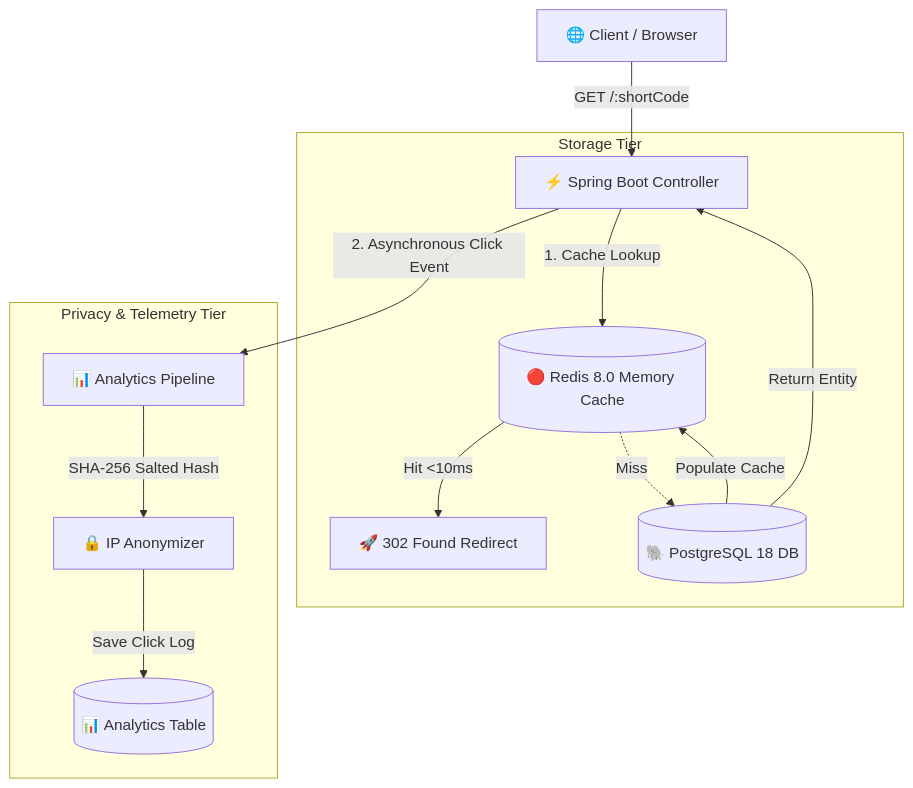
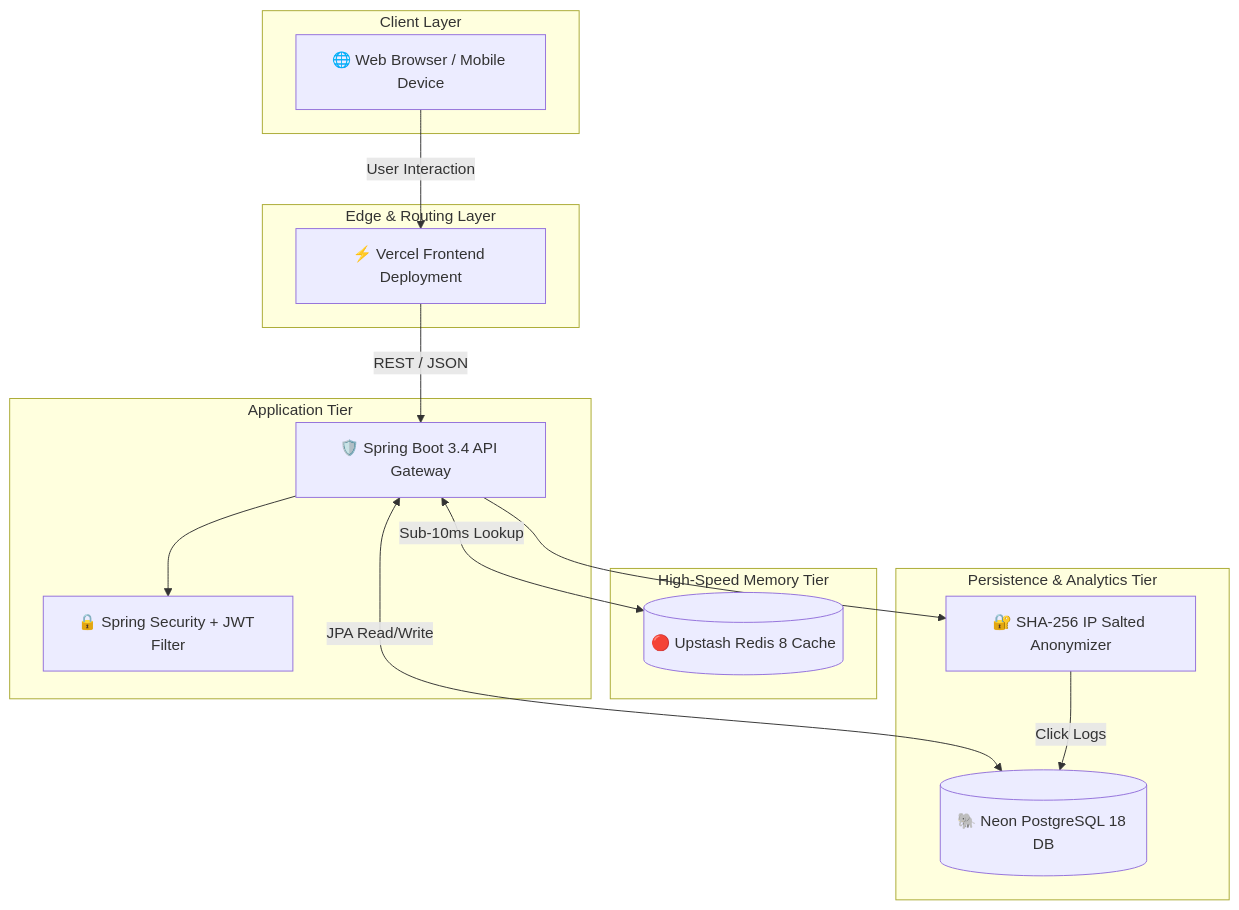
One commit to AniketK100/LinkGuard changed the second of 2 diagrams in README.md. Above: the diagram before and after it, drawn with Mermaid. The commit also changed other lines of this file and 7 other files, not shown here.

````diff
--- a/README.md
+++ b/README.md
@@ -25,19 +122,31 @@
 ```mermaid
 flowchart TD
-    Client[🌐 Client / Browser] -->|GET /:shortCode| RedirectionController[⚡ Spring Boot Controller]
-    
-    subgraph Storage Tier
-        RedirectionController -->|1. Cache Lookup| Redis[(🔴 Redis 8.0 Memory Cache)]
-        Redis -->|Hit <10ms| FastReturn[🚀 302 Found Redirect]
-        
-        Redis -.->|Miss| Postgres[(🐘 PostgreSQL 18 DB)]
-        Postgres -->|Populate Cache| Redis
-        Postgres -->|Return Entity| RedirectionController
+    subgraph Client Layer
+        Browser[🌐 Web Browser / Mobile Device]
     end
 
-    subgraph Privacy & Telemetry Tier
-        RedirectionController -->|2. Asynchronous Click Event| AnalyticsService[📊 Analytics Pipeline]
-        AnalyticsService -->|SHA-256 Salted Hash| Anonymizer[🔒 IP Anonymizer]
-        Anonymizer -->|Save Click Log| ClickDB[(📊 Analytics Table)]
+    subgraph Edge & Routing Layer
+        Vercel[⚡ Vercel Frontend Deployment]
+        Browser -->|User Interaction| Vercel
+    end
+
+    subgraph Application Tier
+        SpringBoot[🛡️ Spring Boot 3.4 API Gateway]
+        SecurityFilter[🔒 Spring Security + JWT Filter]
+        Vercel -->|REST / JSON| SpringBoot
+        SpringBoot --> SecurityFilter
+    end
+
+    subgraph High-Speed Memory Tier
+        RedisCache[(🔴 Upstash Redis 8 Cache)]
+        SpringBoot <-->|Sub-10ms Lookup| RedisCache
+    end
+
+    subgraph Persistence & Analytics Tier
+        PostgresDB[(🐘 Neon PostgreSQL 18 DB)]
+        Anonymization[🔐 SHA-256 IP Salted Anonymizer]
+        SpringBoot <-->|JPA Read/Write| PostgresDB
+        SpringBoot --> Anonymization
+        Anonymization -->|Click Logs| PostgresDB
     end
 ```
````
